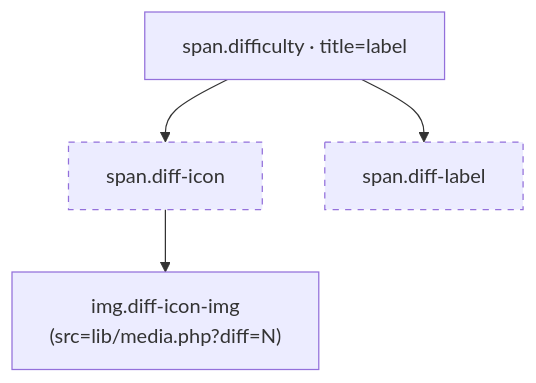
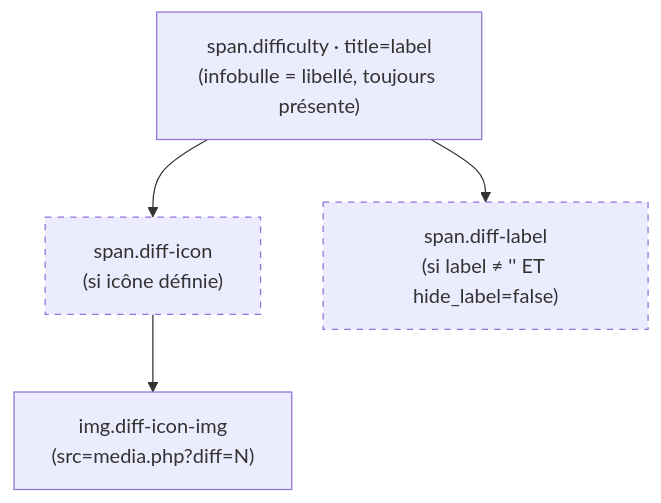
Before and after one commit to ppoilbarbe/PBRecipe: the fourth of 6 diagrams in RECIPE_DOM.md, drawn with Mermaid. The commit also changed other lines of this file and 32 other files, not shown here.

````diff
--- a/RECIPE_DOM.md
+++ b/RECIPE_DOM.md
@@ -102,11 +102,11 @@
 ```mermaid
 graph TD
     classDef opt stroke-dasharray:5 5
 
-    diff["span.difficulty · title=label"]
+    diff["span.difficulty · title=label\n(infobulle = libellé, toujours présente)"]
 
-    diff --> icon["span.diff-icon"]:::opt
-    diff --> label["span.diff-label"]:::opt
+    diff --> icon["span.diff-icon\n(si icône définie)"]:::opt
+    diff --> label["span.diff-label\n(si label ≠ '' ET hide_label=false)"]:::opt
 
-    icon --> img["img.diff-icon-img\n(src=lib/media.php?diff=N)"]
+    icon --> img["img.diff-icon-img\n(src=media.php?diff=N)"]
 ```
````
